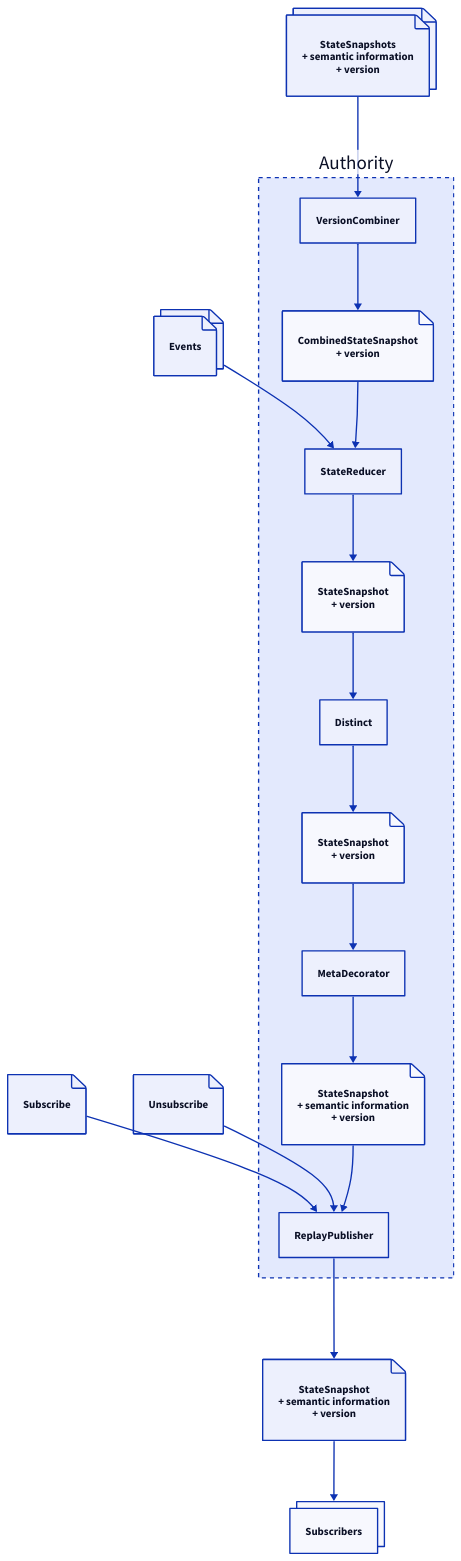
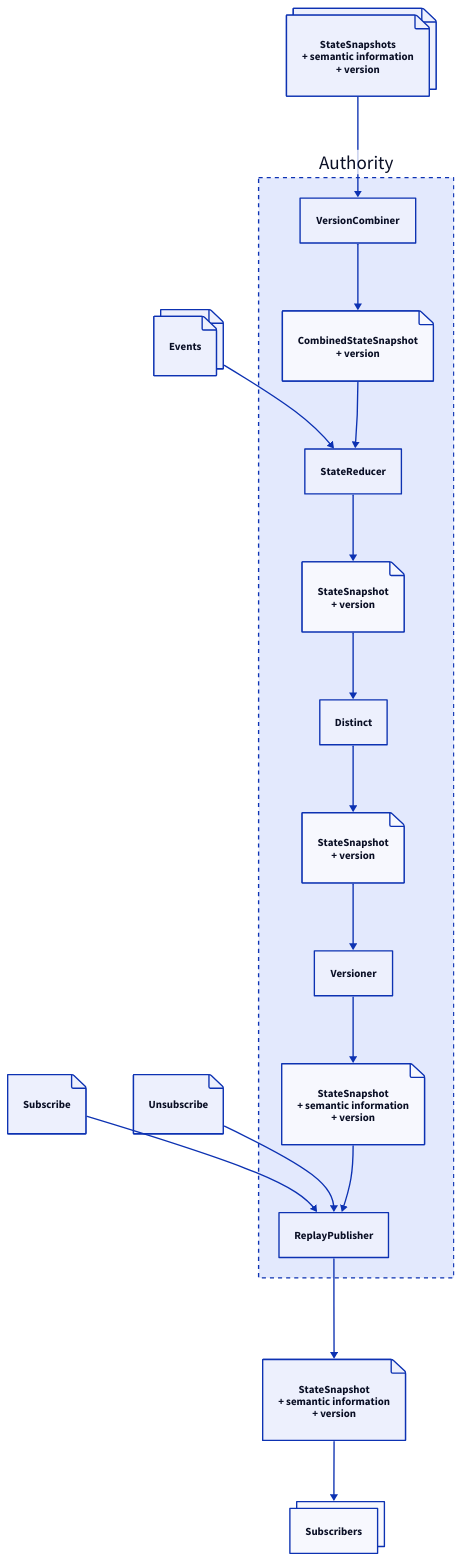
The diagram in source/actors/state/authority/Authority.d2 (MostlyIT/nact-extensions), drawn with D2 before and after one commit. The commit also changed 6 other files, not shown here.

```diff
--- a/source/actors/state/authority/Authority.d2
+++ b/source/actors/state/authority/Authority.d2
@@ -1,65 +1,65 @@
 classes: {
   composition: {
     style.stroke-dash: 3
   }
 }
 
 # Input messages
 Events: {
   style.multiple: true
   shape: page
 }
 Events -> Authority.StateReducer
 StateSnapshots: StateSnapshots\n+ semantic information\n+ version {
   style.multiple: true
   shape: page
 }
 StateSnapshots -> Authority.VersionCombiner
 Subscribe: {
   shape: page
 }
 Subscribe -> Authority.ReplayPublisher
 Unsubscribe: {
   shape: page
 }
 Unsubscribe -> Authority.ReplayPublisher
 
 # Main actor
 Authority: {
   class: composition
 
   # Internal actors
   Distinct
   ReplayPublisher
   StateReducer
-  MetaDecorator
   VersionCombiner
+  Versioner
 
   CombinedStateSnapshot: CombinedStateSnapshot\n+ version {
     shape: page
   }
   VersionCombiner -> CombinedStateSnapshot -> StateReducer
   DistinctStateSnapshot: StateSnapshot\n+ version {
     shape: page
   }
-  Distinct -> DistinctStateSnapshot -> MetaDecorator
+  Distinct -> DistinctStateSnapshot -> Versioner
   StateSnapshotWithMetaData: StateSnapshot\n+ semantic information\n+ version {
     shape: page
   }
-  MetaDecorator -> StateSnapshotWithMetaData -> ReplayPublisher
+  Versioner -> StateSnapshotWithMetaData -> ReplayPublisher
   StateSnapshot: StateSnapshot\n+ version {
     shape: page
   }
   StateReducer -> StateSnapshot -> Distinct
 }
 
 # Output messages
 OutputStateSnapshot: StateSnapshot\n+ semantic information\n+ version {
   shape: page
 }
 Authority.ReplayPublisher -> OutputStateSnapshot -> Subscribers
 
 # Environment actors
 Subscribers: {
   style.multiple: true
 }
```
